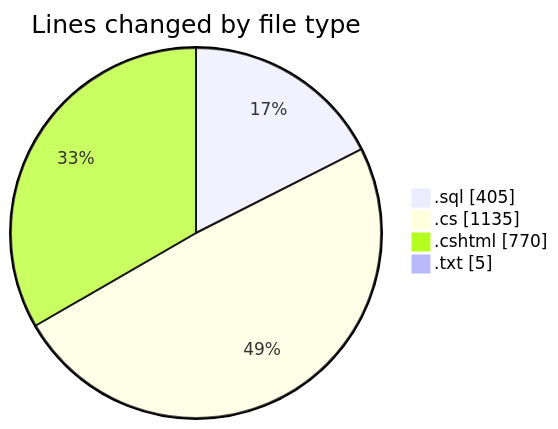
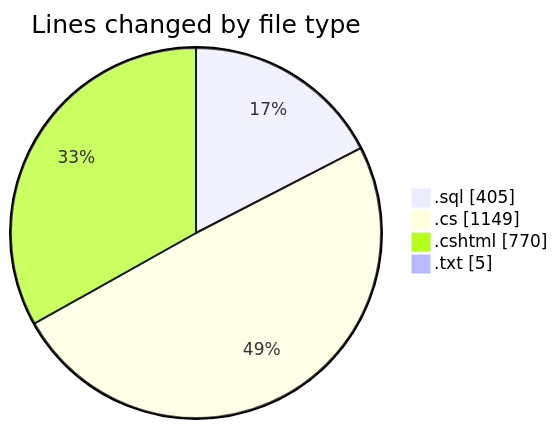
Before and after one commit to lephambinh05/code-tracking: the first of 2 diagrams in 2025-07-23/quanlyrapchieuphim/README.md, drawn with Mermaid. The commit also changed other lines of this file and 1 other file, not shown here.

````diff
--- a/2025-07-23/quanlyrapchieuphim/README.md
+++ b/2025-07-23/quanlyrapchieuphim/README.md
@@ -27,8 +27,8 @@
 ```mermaid
 pie showData
 title Lines changed by file type
 ".sql" : 405
-".cs" : 1135
+".cs" : 1149
 ".cshtml" : 770
 ".txt" : 5
 ```
````
